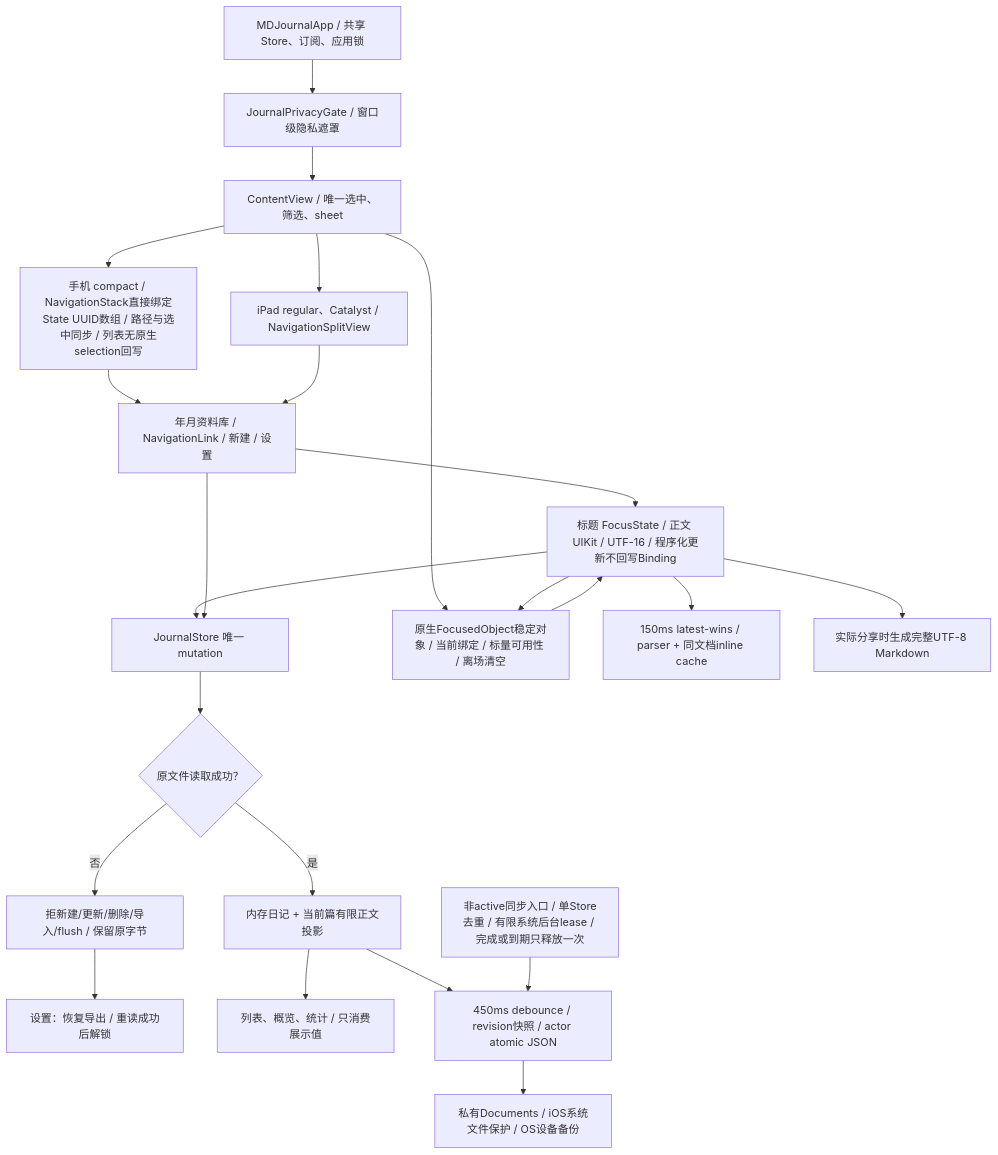
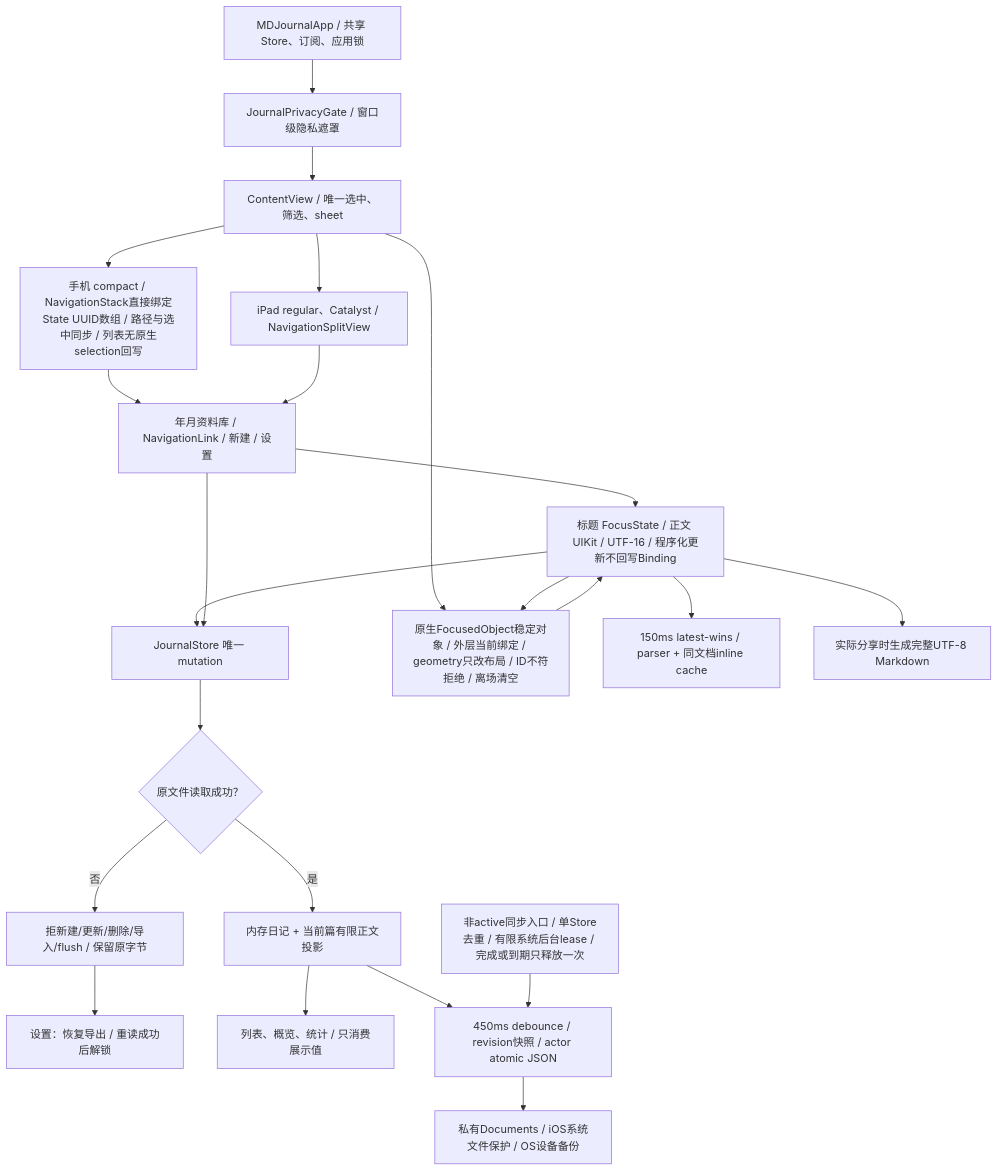
Before and after one commit to Altman-sam114/117: the first of 4 diagrams in md/flow/flowchart.md, drawn with Mermaid. The commit also changed other lines of this file and 9 other files, not shown here.

````diff
--- a/md/flow/flowchart.md
+++ b/md/flow/flowchart.md
@@ -5,25 +5,25 @@
 ```mermaid
 flowchart TD
   App["MDJournalApp / 共享 Store、订阅、应用锁"] --> Gate["JournalPrivacyGate / 窗口级隐私遮罩"]
   Gate --> Content["ContentView / 唯一选中、筛选、sheet"]
   Content --> Compact["手机 compact / NavigationStack直接绑定State UUID数组 / 路径与选中同步 / 列表无原生selection回写"]
   Content --> Regular["iPad regular、Catalyst / NavigationSplitView"]
   Compact --> Library["年月资料库 / NavigationLink / 新建 / 设置"]
   Regular --> Library
   Library --> Editor["标题 FocusState / 正文 UIKit / UTF-16 / 程序化更新不回写Binding"]
   Editor --> Mutation["JournalStore 唯一 mutation"]
   Library --> Mutation
   Mutation --> Health{"原文件读取成功？"}
   Health -- "否" --> Protect["拒新建/更新/删除/导入/flush / 保留原字节"]
   Protect --> Recovery["设置：恢复导出 / 重读成功后解锁"]
   Health -- "是" --> State["内存日记 + 当前篇有限正文投影"]
   State --> ListStats["列表、概览、统计 / 只消费展示值"]
   State --> Save["450ms debounce / revision快照 / actor atomic JSON"]
   Save --> File["私有Documents / iOS系统文件保护 / OS设备备份"]
   BackgroundSave["非active同步入口 / 单Store去重 / 有限系统后台lease / 完成或到期只释放一次"] --> Save
-  Content --> Commands["原生FocusedObject稳定对象 / 当前绑定 / 标量可用性 / 离场清空"]
+  Content --> Commands["原生FocusedObject稳定对象 / 外层当前绑定 / geometry只改布局 / ID不符拒绝 / 离场清空"]
   Editor --> Commands
   Commands --> Editor
   Editor --> Preview["150ms latest-wins / parser + 同文档inline cache"]
   Editor --> Share["实际分享时生成完整UTF-8 Markdown"]
 ```
````
